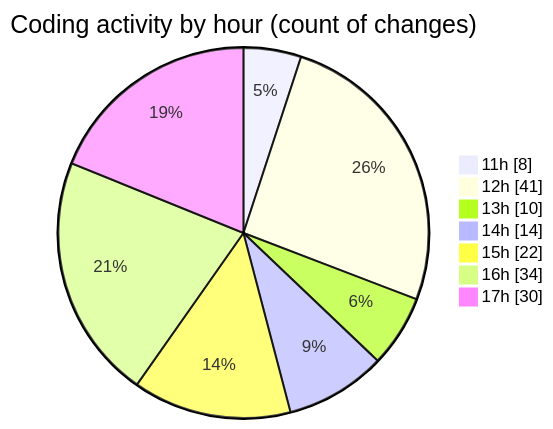
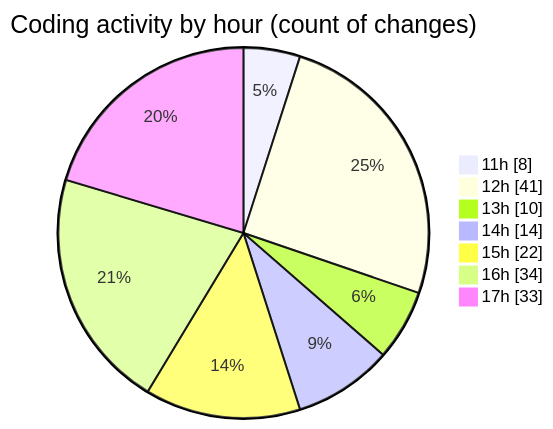
The second of 2 diagrams in 2025-05-04/project/README.md (BS-eng2023/code-tracking), drawn with Mermaid before and after one commit. The commit also changed other lines of this file and 1 other file, not shown here.

````diff
--- a/2025-05-04/project/README.md
+++ b/2025-05-04/project/README.md
@@ -54,11 +54,11 @@
 ```mermaid
 pie showData
 title Coding activity by hour (count of changes)
 "11h" : 8
 "12h" : 41
 "13h" : 10
 "14h" : 14
 "15h" : 22
 "16h" : 34
-"17h" : 30
+"17h" : 33
 ```
````
